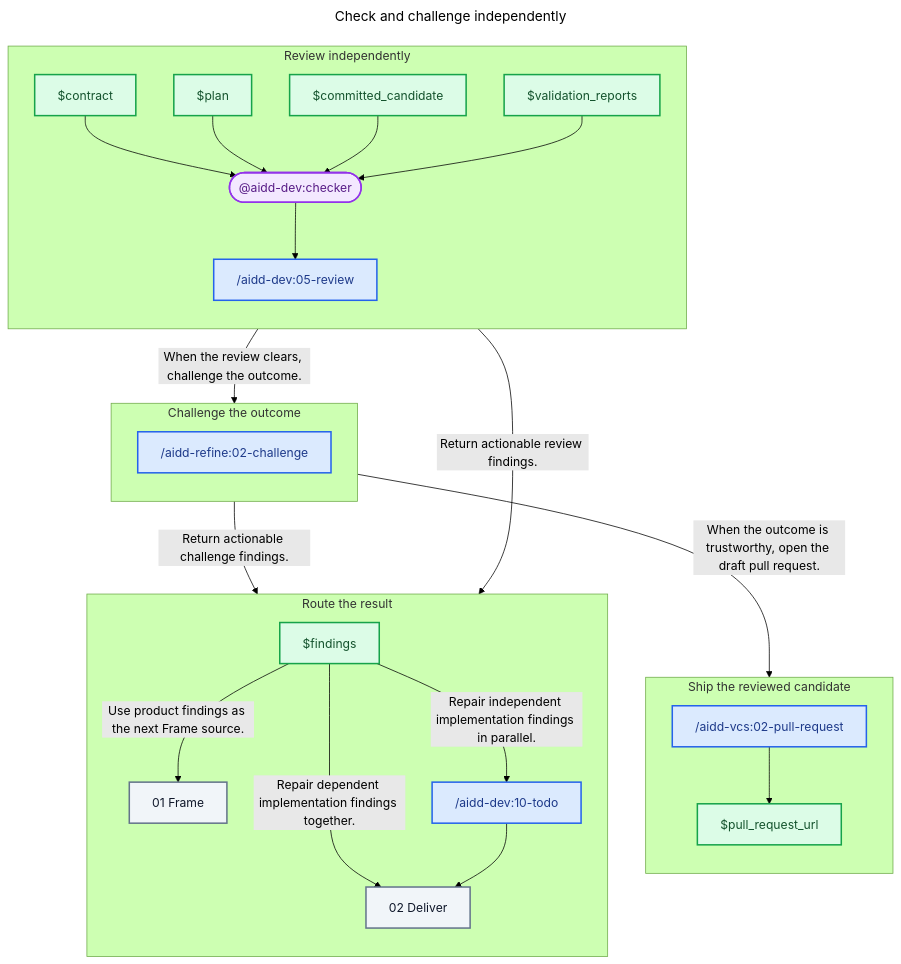
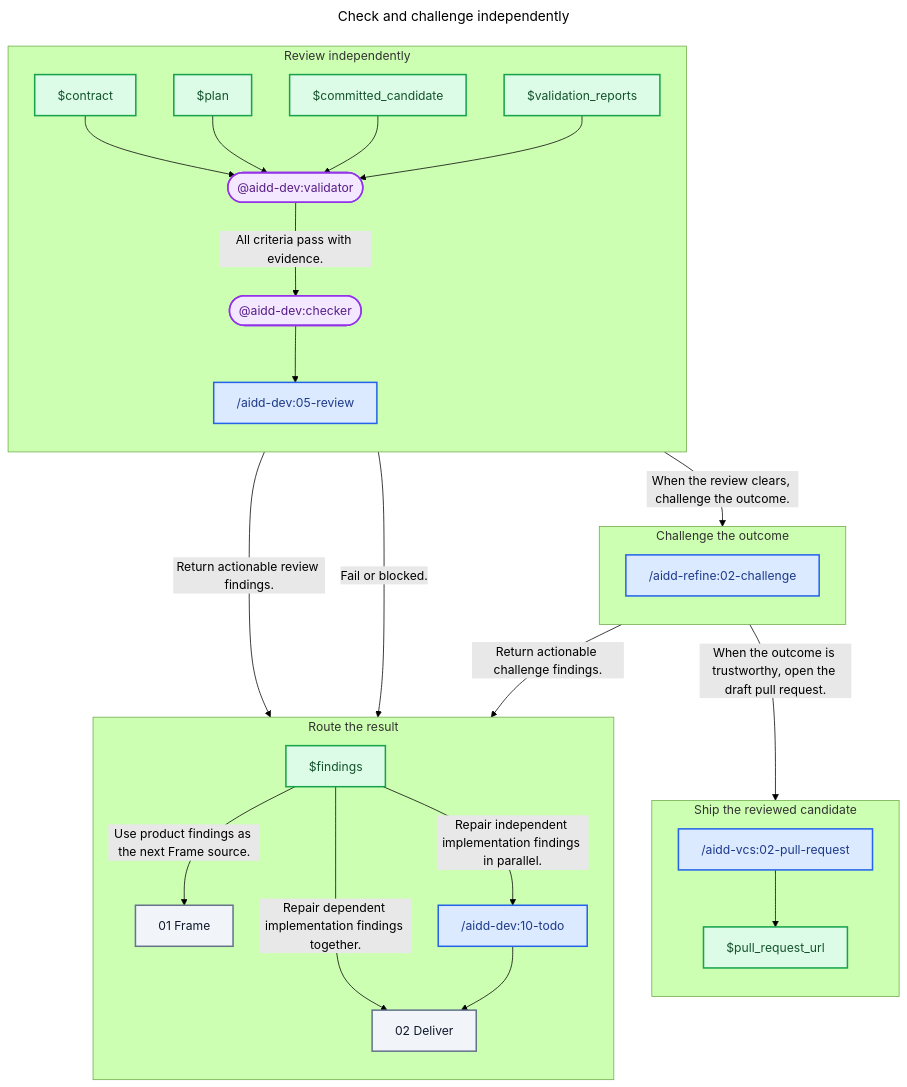
Before and after one commit to ai-driven-dev/framework: the diagram in plugins/aidd-orchestrator/skills/01-sdlc/references/03-check.md, drawn with Mermaid (forest theme). The commit also changed other lines of this file and 21 other files, not shown here.

First line of the commit message:
feat(aidd-dev): add scoped sub-agent workflows

````diff
--- a/plugins/aidd-orchestrator/skills/01-sdlc/references/03-check.md
+++ b/plugins/aidd-orchestrator/skills/01-sdlc/references/03-check.md
@@ -9,59 +11,62 @@
 ```mermaid
 ---
 title: Check and challenge independently
 ---
 flowchart TD
   subgraph ReviewStage["Review independently"]
     direction TB
     Contract["$contract"]
     Plan["$plan"]
     CommittedCandidate["$committed_candidate"]
     ValidationReports["$validation_reports"]
+    Validator(["@aidd-dev:validator"])
     Checker(["@aidd-dev:checker"])
     Review["/aidd-dev:05-review"]
   end
 
   subgraph ChallengeStage["Challenge the outcome"]
     direction TB
     Challenge["/aidd-refine:02-challenge"]
   end
 
   subgraph RouteStage["Route the result"]
     direction TB
     Findings["$findings"]
     Frame["01 Frame"]
     Todo["/aidd-dev:10-todo"]
     Deliver["02 Deliver"]
   end
 
   subgraph ShipStage["Ship the reviewed candidate"]
     direction TB
     PullRequest["/aidd-vcs:02-pull-request"]
     PullRequestUrl["$pull_request_url"]
   end
 
-  Contract --> Checker
-  Plan --> Checker
-  CommittedCandidate --> Checker
-  ValidationReports --> Checker
+  Contract --> Validator
+  Plan --> Validator
+  CommittedCandidate --> Validator
+  ValidationReports --> Validator
+  Validator -- "All criteria pass with evidence." --> Checker
+  Validator -- "Fail or blocked." --> Findings
   Checker --> Review
   Review -- "Return actionable review findings." --> Findings
   Review -- "When the review clears, challenge the outcome." --> Challenge
   Challenge -- "Return actionable challenge findings." --> Findings
   Challenge -- "When the outcome is trustworthy, open the draft pull request." --> PullRequest
   Findings -- "Use product findings as the next Frame source." --> Frame
   Findings -- "Repair independent implementation findings in parallel." --> Todo
   Findings -- "Repair dependent implementation findings together." --> Deliver
   Todo --> Deliver
   PullRequest --> PullRequestUrl
 
   classDef skill fill:#DBEAFE,stroke:#2563EB,color:#1E3A8A,stroke-width:2px
   classDef agent fill:#F3E8FF,stroke:#9333EA,color:#581C87,stroke-width:2px
   classDef artifact fill:#DCFCE7,stroke:#16A34A,color:#14532D,stroke-width:2px
   classDef zone fill:#F1F5F9,stroke:#64748B,color:#0F172A,stroke-width:2px
 
   class Review,Challenge,Todo,PullRequest skill
-  class Checker agent
+  class Checker,Validator agent
   class Contract,Plan,CommittedCandidate,ValidationReports,Findings,PullRequestUrl artifact
   class Frame,Deliver zone
 ```
````
